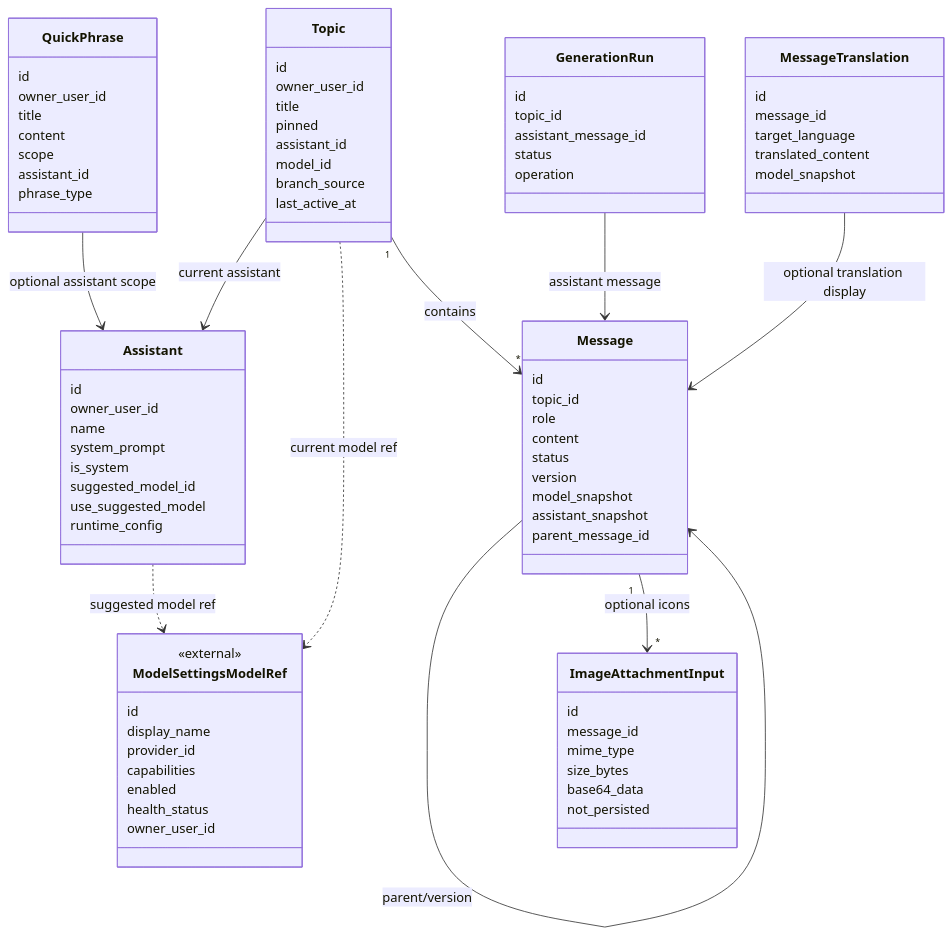
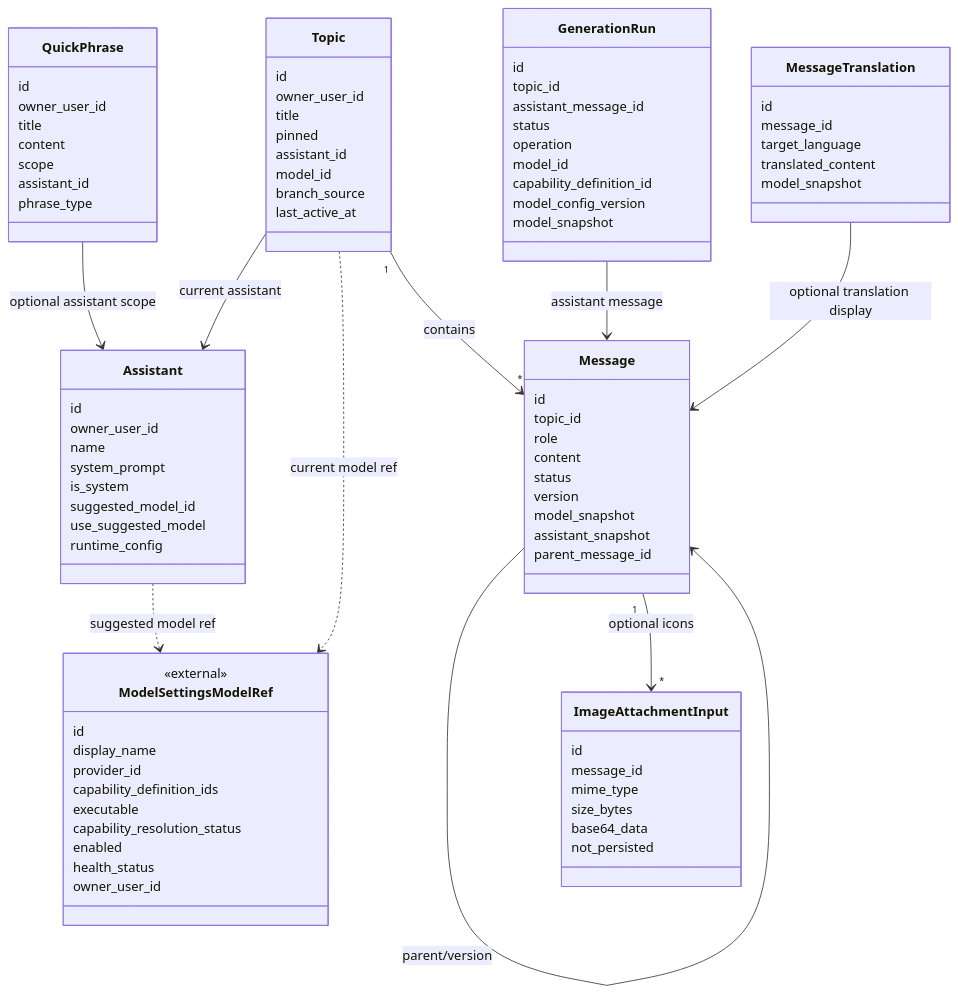
Before and after one commit to wangweihong/omnimam-spec: the first of 11 diagrams in 00_product/domains/ai-chatting/product-spec.md, drawn with Mermaid. The commit also changed other lines of this file and 43 other files, not shown here.

```diff
--- a/00_product/domains/ai-chatting/product-spec.md
+++ b/00_product/domains/ai-chatting/product-spec.md
@@ -25,7 +25,9 @@
     id
     display_name
     provider_id
-    capabilities
+    capability_definition_ids
+    executable
+    capability_resolution_status
     enabled
     health_status
     owner_user_id
@@ -80,6 +82,10 @@
     assistant_message_id
     status
     operation
+    model_id
+    capability_definition_id
+    model_config_version
+    model_snapshot
   }
 
   class QuickPhrase {
```
